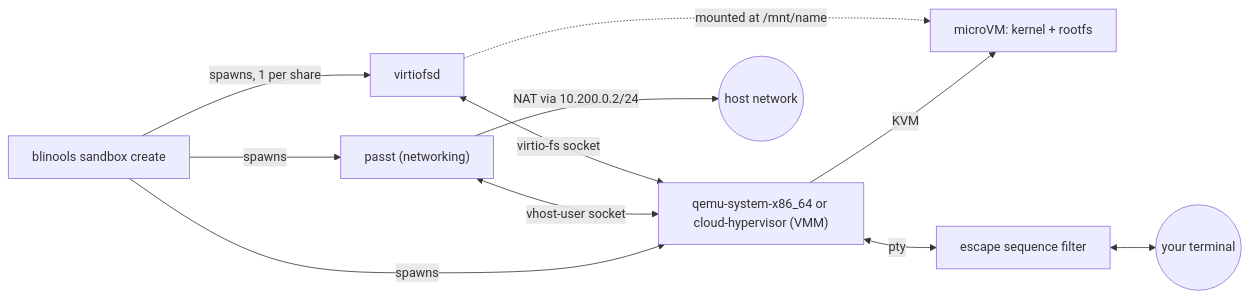
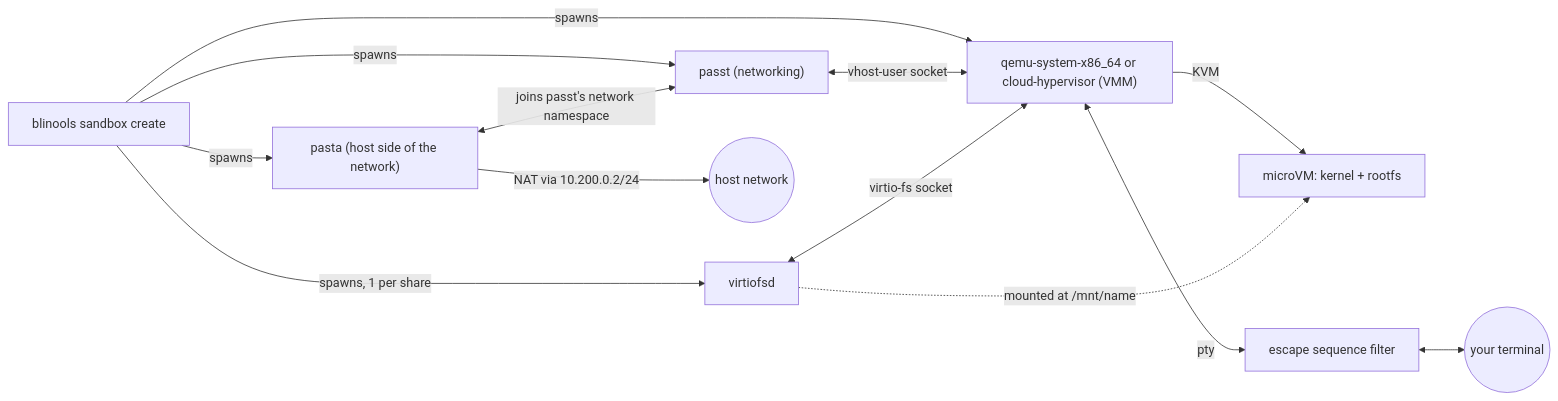
Before and after one commit to blinxen/blinools: the diagram in docs/sandbox_architecture.md, drawn with Mermaid. The commit also changed other lines of this file and 2 other files, not shown here.

````diff
--- a/docs/sandbox_architecture.md
+++ b/docs/sandbox_architecture.md
@@ -12,16 +12,18 @@
 ```mermaid
 flowchart LR
     CLI["blinools sandbox create"] -->|spawns| VMM["qemu-system-x86_64 or cloud-hypervisor (VMM)"]
     CLI -->|spawns| PASST["passt (networking)"]
+    CLI -->|spawns| PASTA["pasta (host side of the network)"]
     CLI -->|spawns, 1 per share| VFSD["virtiofsd"]
 
     PASST <-->|vhost-user socket| VMM
     VFSD <-->|virtio-fs socket| VMM
     VMM -->|KVM| VM["microVM: kernel + rootfs"]
 
     VMM <-->|pty| FILTER["escape sequence filter"]
     FILTER <--> TERM(("your terminal"))
 
-    PASST -->|NAT via 10.200.0.2/24| NET(("host network"))
+    PASTA <-->|joins passt's network namespace| PASST
+    PASTA -->|NAT via 10.200.0.2/24| NET(("host network"))
     VFSD -.->|mounted at /mnt/name| VM
 ```
````
